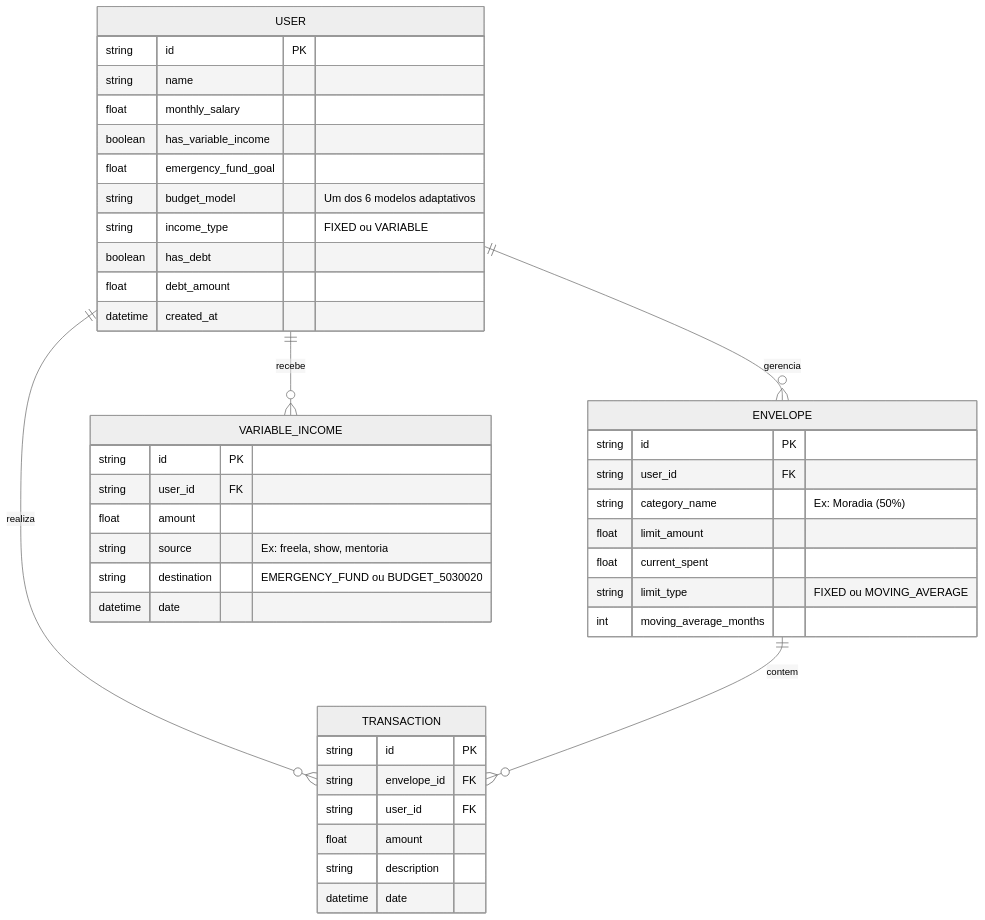
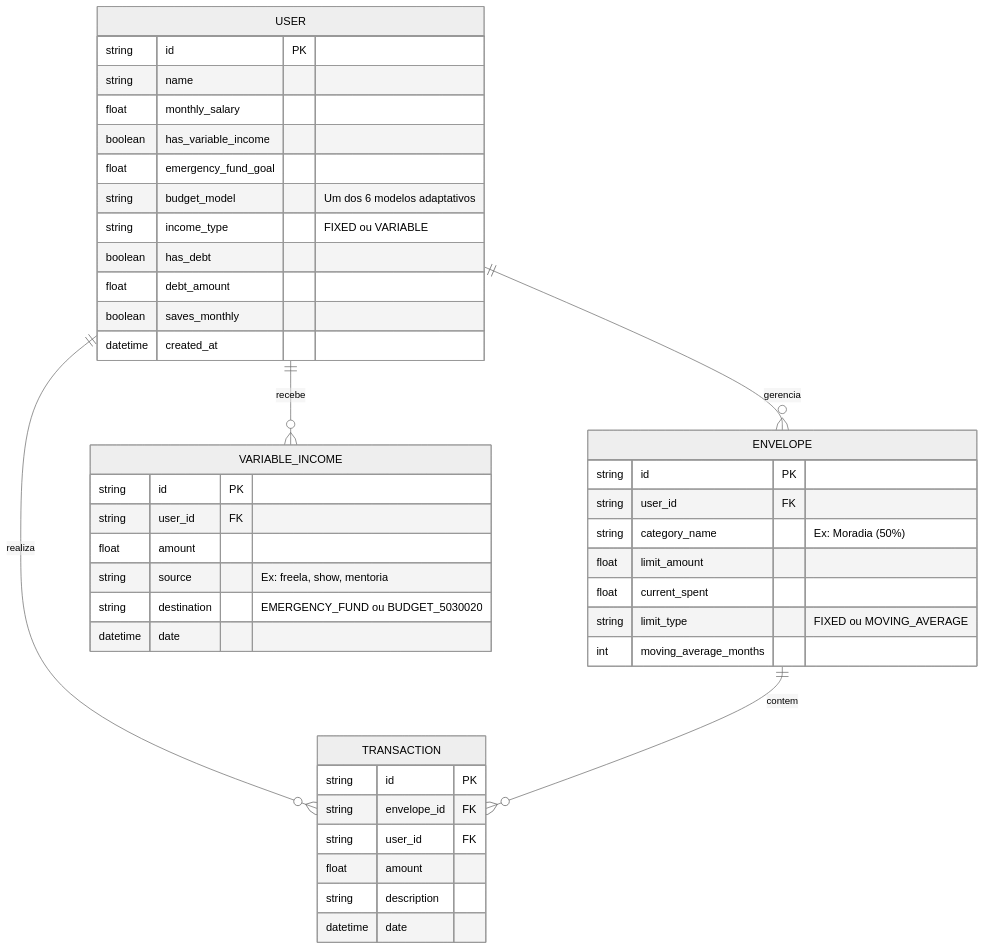
Before and after one commit to luizaleblanc/organiza-ai: the first of 6 diagrams in docs/DATA_MODEL.md, drawn with Mermaid (neutral theme). The commit also changed other lines of this file and 5 other files, not shown here.

````diff
--- a/docs/DATA_MODEL.md
+++ b/docs/DATA_MODEL.md
@@ -19,48 +19,49 @@
 ```mermaid
 erDiagram
     USER ||--o{ ENVELOPE : gerencia
     USER ||--o{ TRANSACTION : realiza
     USER ||--o{ VARIABLE_INCOME : recebe
     ENVELOPE ||--o{ TRANSACTION : contem
 
     USER {
         string id PK
         string name
         float monthly_salary
         boolean has_variable_income
         float emergency_fund_goal
         string budget_model "Um dos 6 modelos adaptativos"
         string income_type "FIXED ou VARIABLE"
         boolean has_debt
         float debt_amount
+        boolean saves_monthly
         datetime created_at
     }
 
     ENVELOPE {
         string id PK
         string user_id FK
         string category_name "Ex: Moradia (50%)"
         float limit_amount
         float current_spent
         string limit_type "FIXED ou MOVING_AVERAGE"
         int moving_average_months
     }
 
     TRANSACTION {
         string id PK
         string envelope_id FK
         string user_id FK
         float amount
         string description
         datetime date
     }
 
     VARIABLE_INCOME {
         string id PK
         string user_id FK
         float amount
         string source "Ex: freela, show, mentoria"
         string destination "EMERGENCY_FUND ou BUDGET_5030020"
         datetime date
     }
 ```
````
